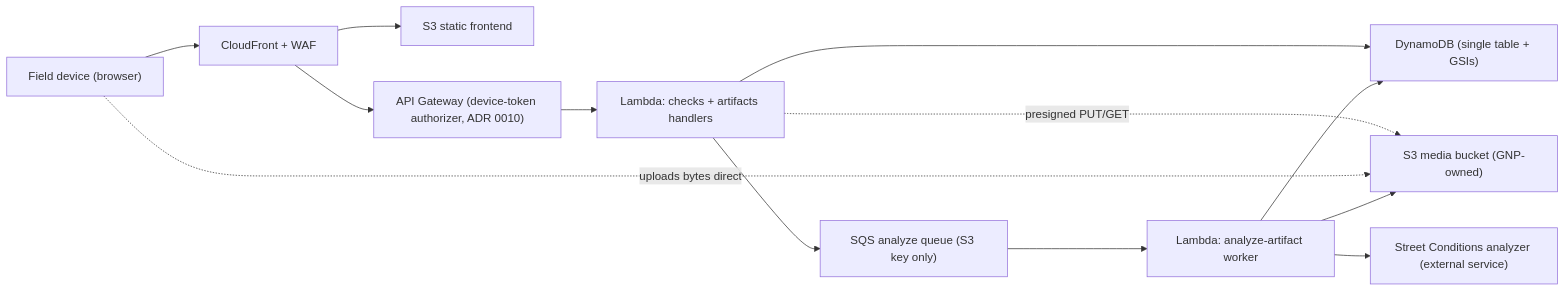
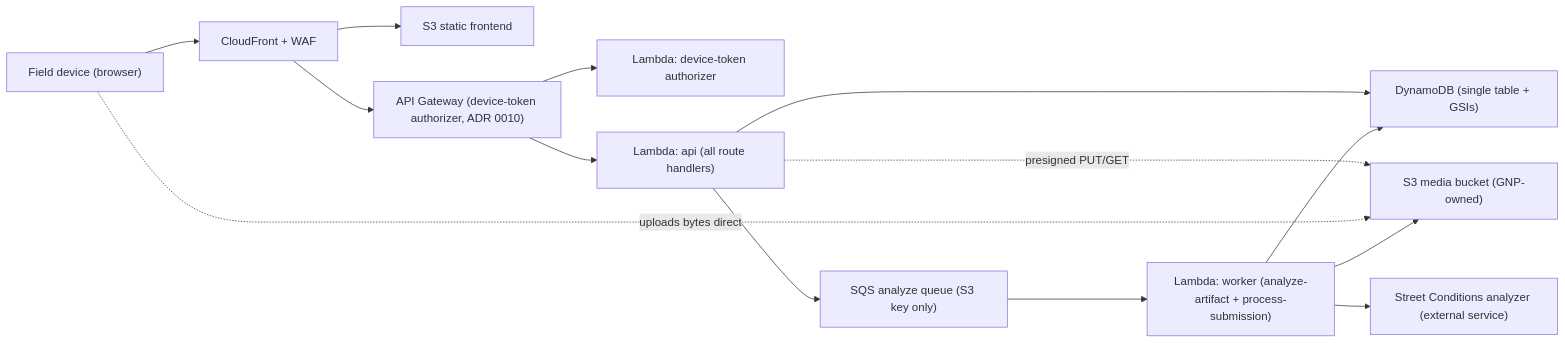
One commit to Mayor-s-Office-of-Innovation/good-neighbor-app changed the first of 2 diagrams in docs/architecture.md. Above: the diagram before and after it, drawn with Mermaid. The commit also changed other lines of this file and 6 other files, not shown here.

````diff
--- a/docs/architecture.md
+++ b/docs/architecture.md
@@ -5,15 +5,16 @@
 ```mermaid
 flowchart LR
   user["Field device (browser)"] --> cloudfront["CloudFront + WAF"]
   cloudfront --> frontend["S3 static frontend"]
   cloudfront --> api["API Gateway (device-token authorizer, ADR 0010)"]
-  api --> checks["Lambda: checks + artifacts handlers"]
+  api --> authorizer["Lambda: device-token authorizer"]
+  api --> checks["Lambda: api (all route handlers)"]
   checks --> dynamodb["DynamoDB (single table + GSIs)"]
   checks -. presigned PUT/GET .-> media["S3 media bucket (GNP-owned)"]
   user -. uploads bytes direct .-> media
   checks --> sqs["SQS analyze queue (S3 key only)"]
-  sqs --> worker["Lambda: analyze-artifact worker"]
+  sqs --> worker["Lambda: worker (analyze-artifact + process-submission)"]
   worker --> media
   worker --> dynamodb
   worker --> analyzer["Street Conditions analyzer (external service)"]
 ```
````
